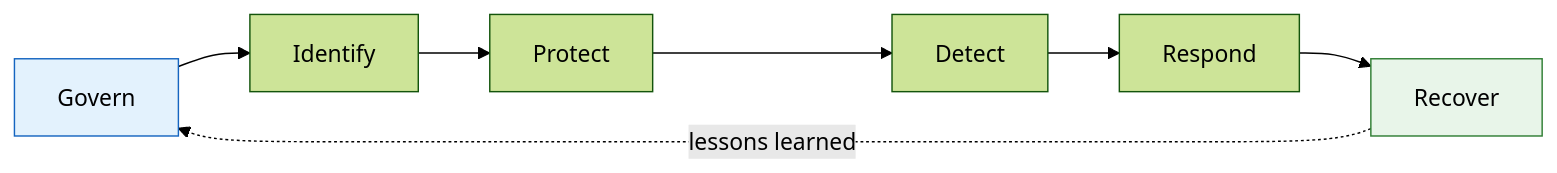
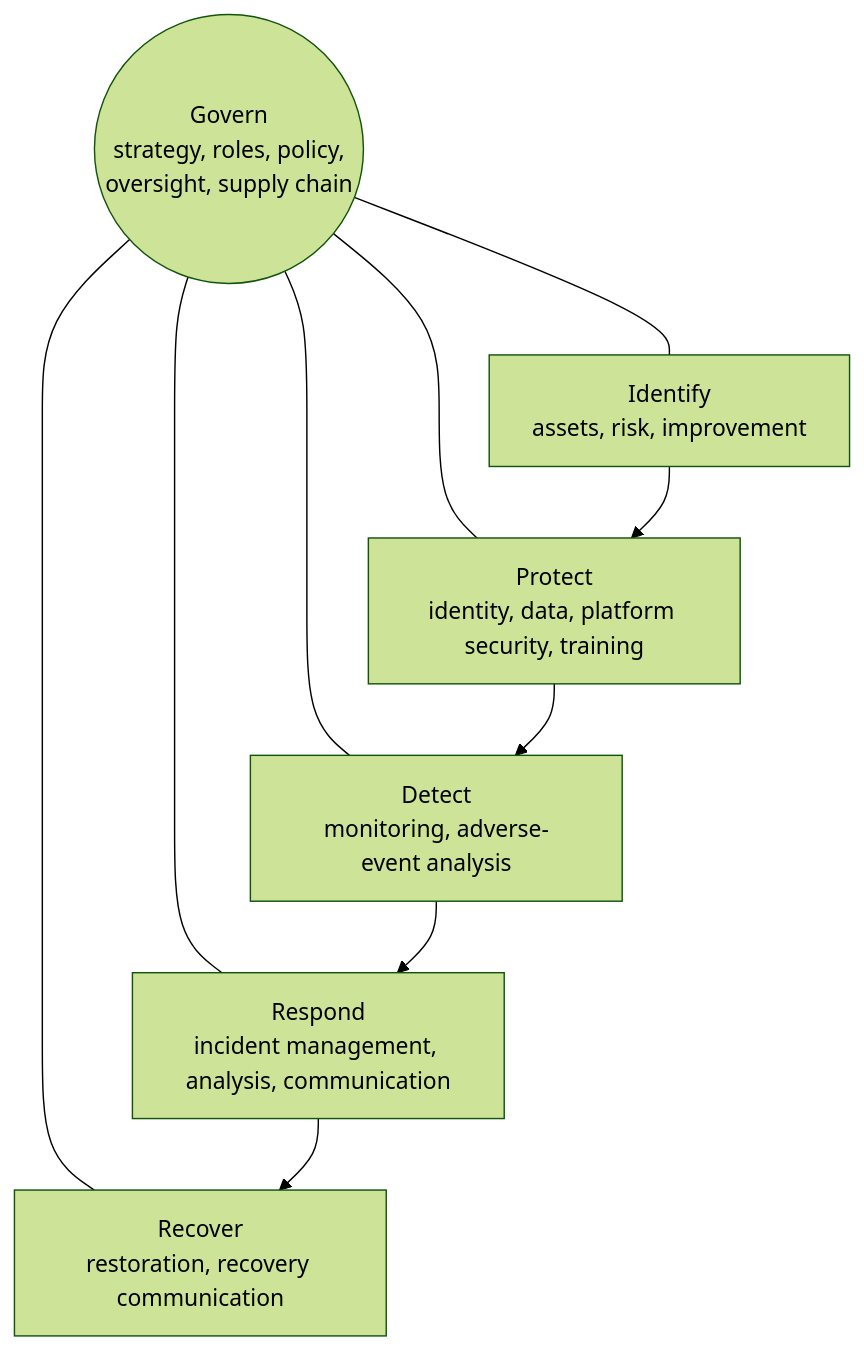
One commit to AndrewAltimit/Documentation changed the third of 4 diagrams in github-pages/docs/technology/cybersecurity/compliance-and-governance.md. Above: the diagram before and after it, drawn with Mermaid (forest theme). The commit also changed other lines of this file and 240 other files, not shown here.

````diff
--- a/github-pages/docs/technology/cybersecurity/compliance-and-governance.md
+++ b/github-pages/docs/technology/cybersecurity/compliance-and-governance.md
@@ -151,11 +174,10 @@
 ```mermaid
-flowchart LR
-    G["Govern"] --> ID["Identify"]
-    ID --> PR["Protect"]
-    PR --> DE["Detect"]
-    DE --> RS["Respond"]
-    RS --> RC["Recover"]
-    RC -.lessons learned.-> G
-    style G fill:#e3f2fd,stroke:#1565c0
-    style RC fill:#e8f5e9,stroke:#2e7d32
+flowchart TB
+    GV(("Govern<br/>strategy, roles, policy,<br/>oversight, supply chain"))
+    GV --- ID["Identify<br/>assets, risk, improvement"]
+    GV --- PR["Protect<br/>identity, data, platform security, training"]
+    GV --- DE["Detect<br/>monitoring, adverse-event analysis"]
+    GV --- RS["Respond<br/>incident management, analysis, communication"]
+    GV --- RC["Recover<br/>restoration, recovery communication"]
+    ID --> PR --> DE --> RS --> RC
 ```
````
